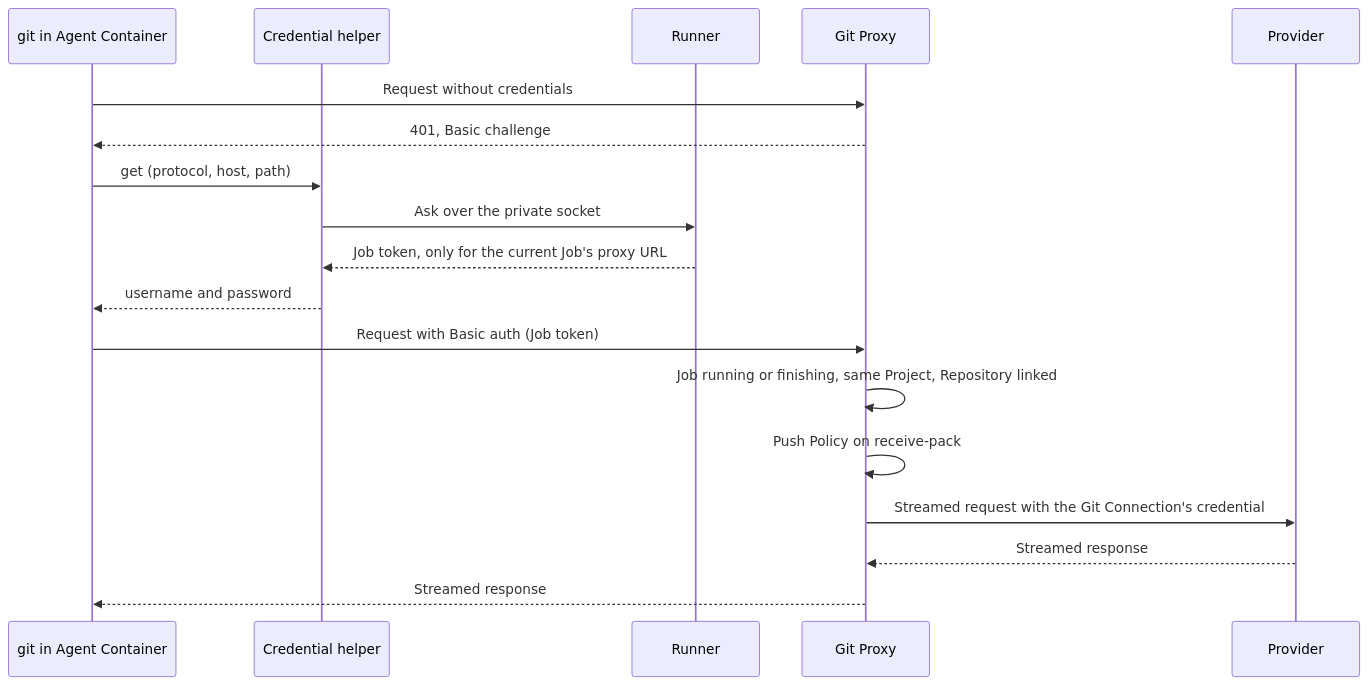
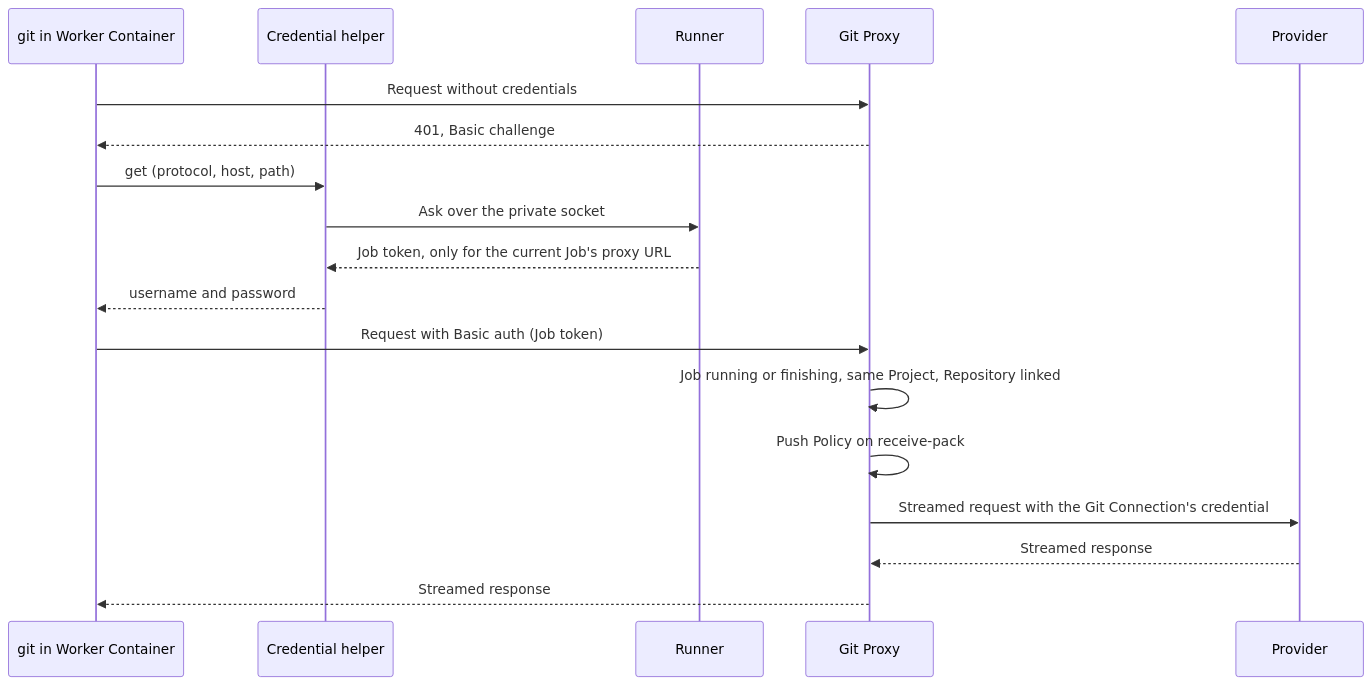
Before and after one commit to mceck/claude-task: the third of 4 diagrams in docs/specs/git-integration.md, drawn with Mermaid. The commit also changed other lines of this file and 95 other files, not shown here.

````diff
--- a/docs/specs/git-integration.md
+++ b/docs/specs/git-integration.md
@@ -217,20 +219,20 @@
 ```mermaid
 sequenceDiagram
-  participant G as git in Agent Container
+  participant G as git in Worker Container
   participant H as Credential helper
   participant R as Runner
   participant P as Git Proxy
   participant V as Provider
   G->>P: Request without credentials
   P-->>G: 401, Basic challenge
   G->>H: get (protocol, host, path)
   H->>R: Ask over the private socket
   R-->>H: Job token, only for the current Job's proxy URL
   H-->>G: username and password
   G->>P: Request with Basic auth (Job token)
   P->>P: Job running or finishing, same Project, Repository linked
   P->>P: Push Policy on receive-pack
   P->>V: Streamed request with the Git Connection's credential
   V-->>P: Streamed response
   P-->>G: Streamed response
 ```
````
